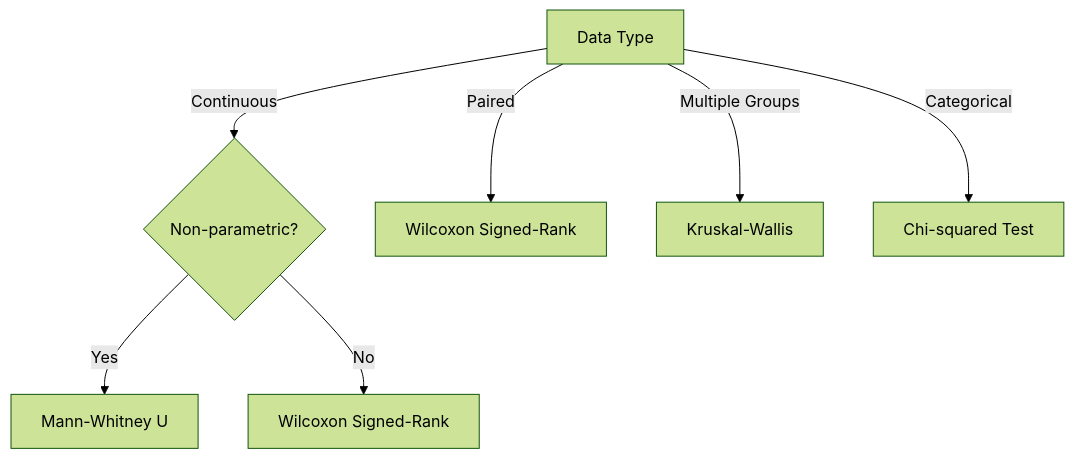
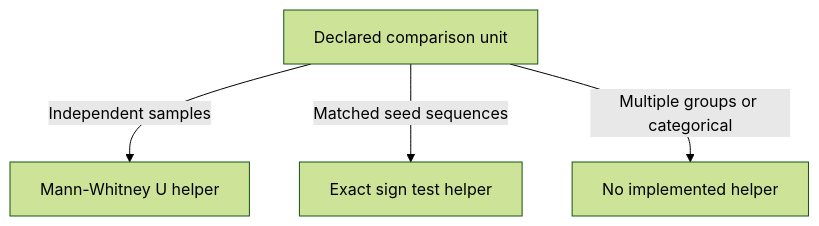
One commit to Evintkoo/2048-ml changed the second of 5 diagrams in plans/07-Benchmarking/04-Analysis/03-significance-testing.md. Above: the diagram before and after it, drawn with Mermaid (forest theme). The commit also changed other lines of this file and 144 other files, not shown here.

````diff
--- a/plans/07-Benchmarking/04-Analysis/03-significance-testing.md
+++ b/plans/07-Benchmarking/04-Analysis/03-significance-testing.md
@@ -36,9 +36,6 @@
 ```mermaid
 graph TD
-    A[Data Type] -->|Continuous| B{Non-parametric?}
-    B -->|Yes| C[Mann-Whitney U]
-    B -->|No| D[Wilcoxon Signed-Rank]
-    A -->|Paired| E[Wilcoxon Signed-Rank]
-    A -->|Multiple Groups| F[Kruskal-Wallis]
-    A -->|Categorical| G[Chi-squared Test]
+    A[Declared comparison unit] -->|Independent samples| B[Mann-Whitney U helper]
+    A -->|Matched seed sequences| C[Exact sign test helper]
+    A -->|Multiple groups or categorical| D[No implemented helper]
 ```
````
